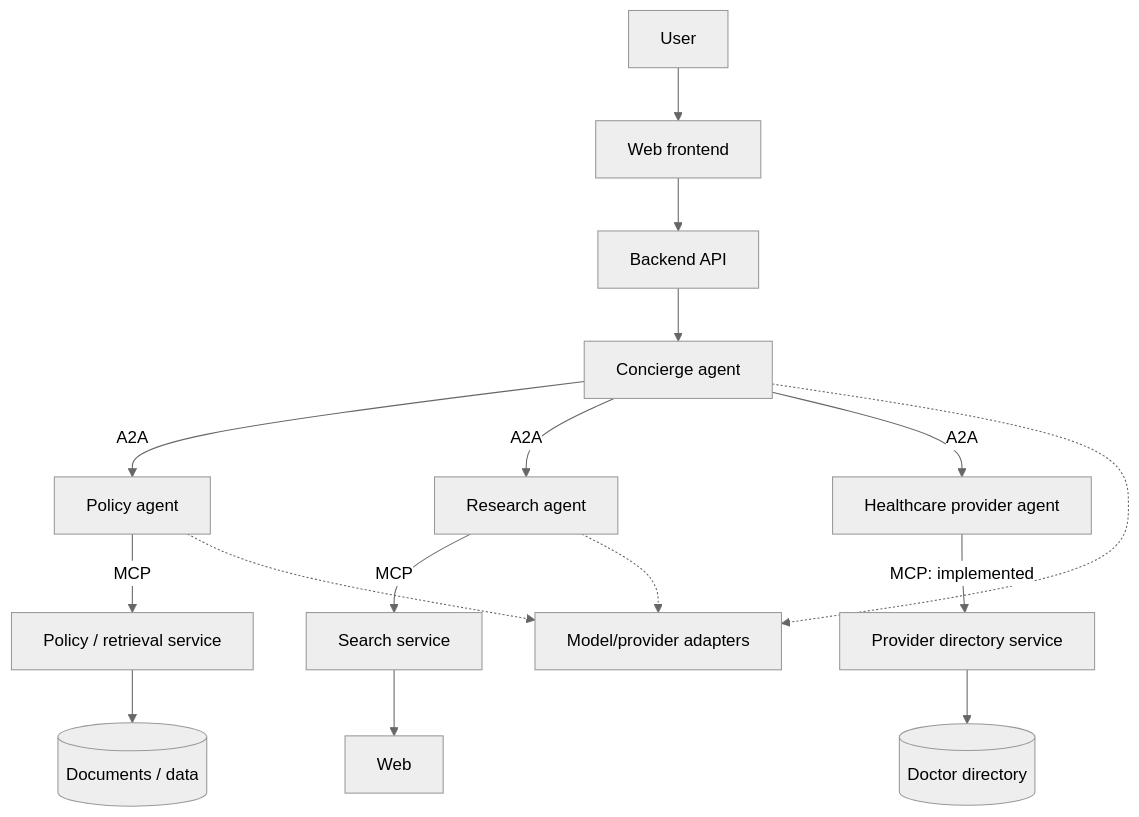
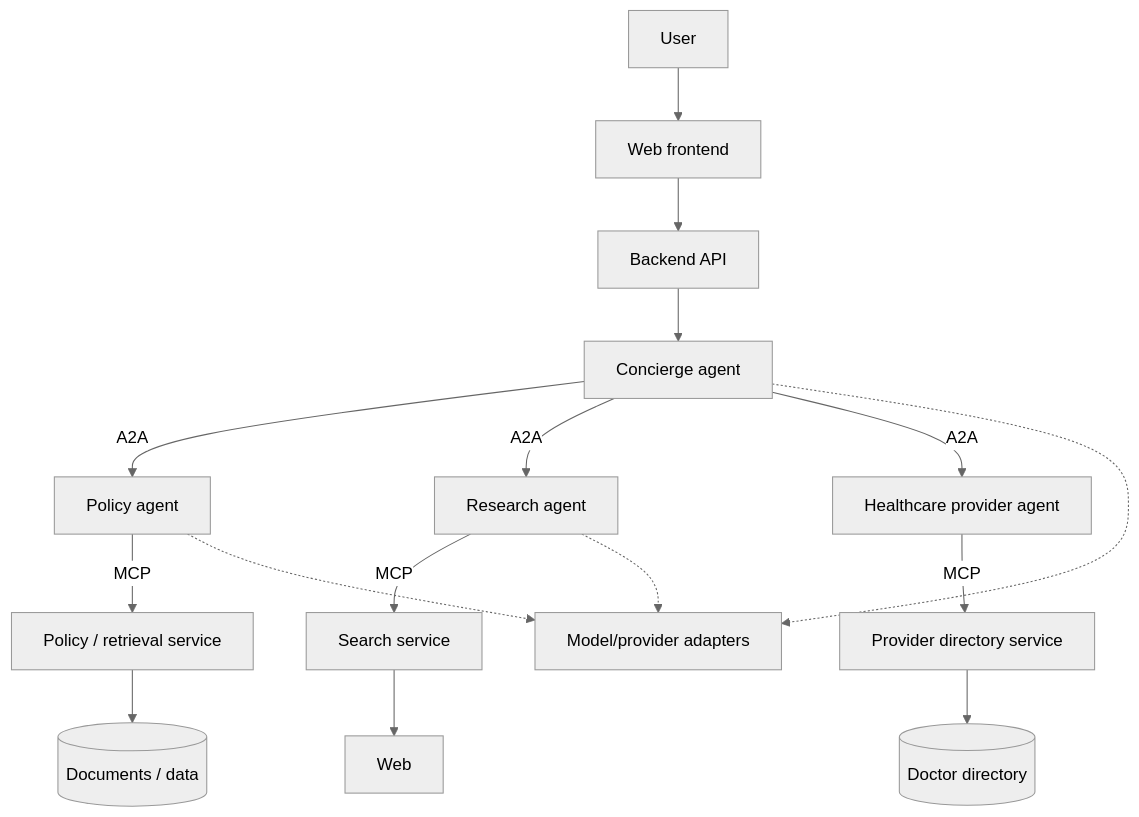
One commit to bakarys01/agentic-lab changed the diagram in docs/roadmap.md. Above: the diagram before and after it, drawn with Mermaid (neutral theme). The commit also changed other lines of this file and 14 other files, not shown here.

````diff
--- a/docs/roadmap.md
+++ b/docs/roadmap.md
@@ -50,18 +50,18 @@
 ```mermaid
 flowchart TD
     U[User] --> UI[Web frontend]
     UI --> B[Backend API]
     B --> C[Concierge agent]
     C -->|A2A| P[Policy agent]
     C -->|A2A| R[Research agent]
     C -->|A2A| H[Healthcare provider agent]
     P -->|MCP| PT[Policy / retrieval service]
     R -->|MCP| RT[Search service]
-    H -->|MCP: implemented| HT[Provider directory service]
+    H -->|MCP| HT[Provider directory service]
     PT --> D[(Documents / data)]
     RT --> W[Web]
     HT --> J[(Doctor directory)]
     C -.-> M[Model/provider adapters]
     P -.-> M
     R -.-> M
 ```
````
